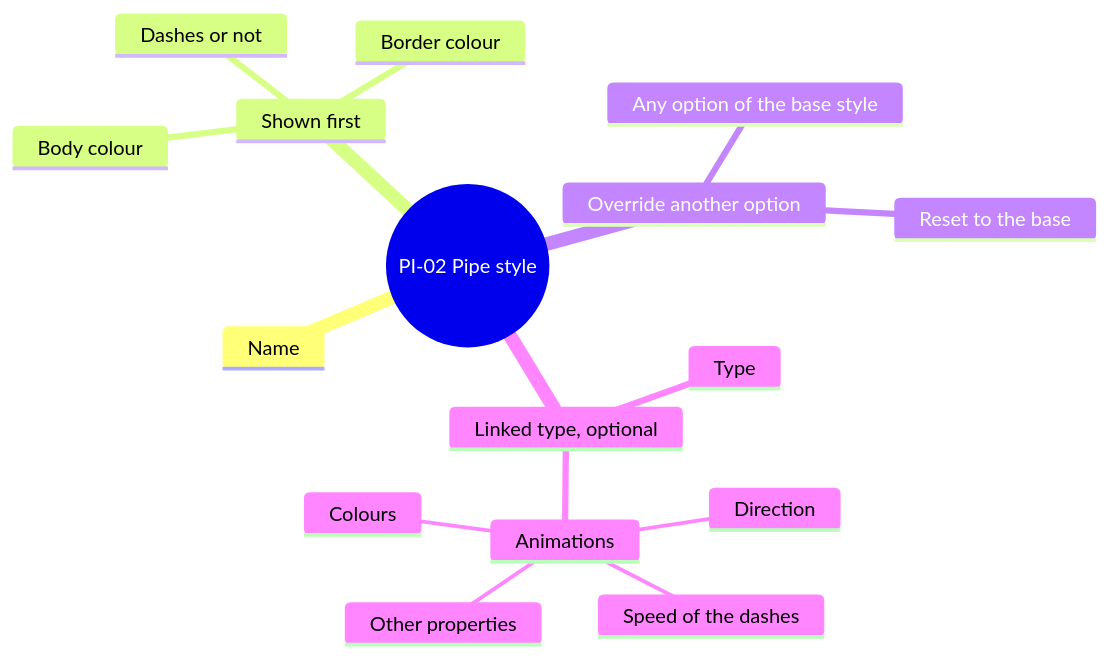
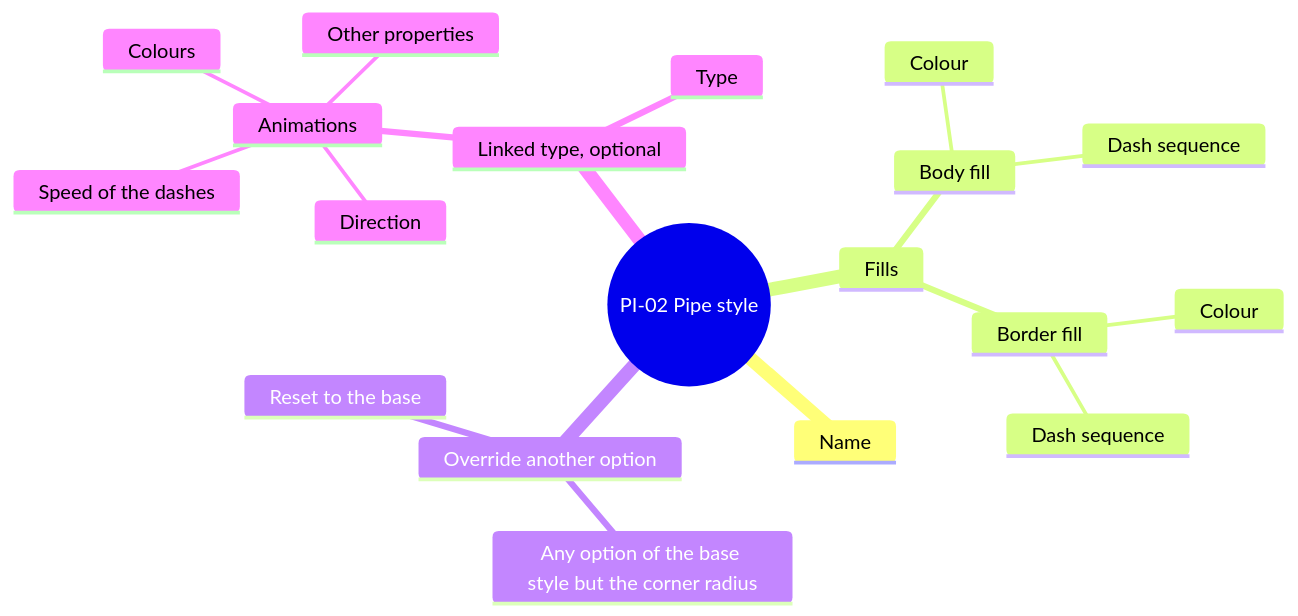
One commit to AlexandreGallais/synoptic-studio-spec changed the fourth of 8 diagrams in screens/pipes.md. Above: the diagram before and after it, drawn with Mermaid. The commit also changed other lines of this file and 12 other files, not shown here.

````diff
--- a/screens/pipes.md
+++ b/screens/pipes.md
@@ -103,19 +95,22 @@
 ```mermaid
 mindmap
   root((PI-02 Pipe style))
     Name
-    Shown first
-      Body colour
-      Border colour
-      Dashes or not
+    Fills
+      Body fill
+        Colour
+        Dash sequence
+      Border fill
+        Colour
+        Dash sequence
     Override another option
-      Any option of the base style
+      Any option of the base style but the corner radius
       Reset to the base
     Linked type, optional
       Type
       Animations
         Speed of the dashes
         Direction
         Colours
         Other properties
 ```
````
